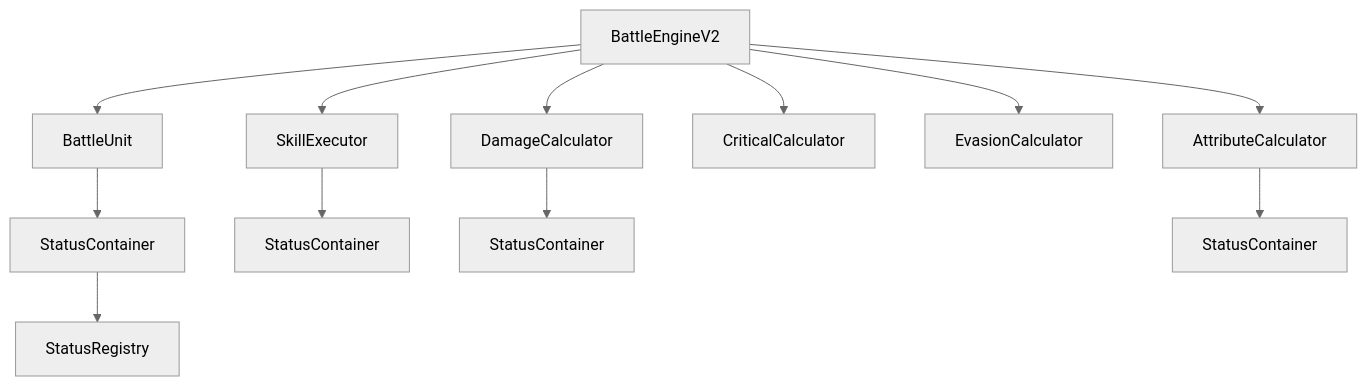
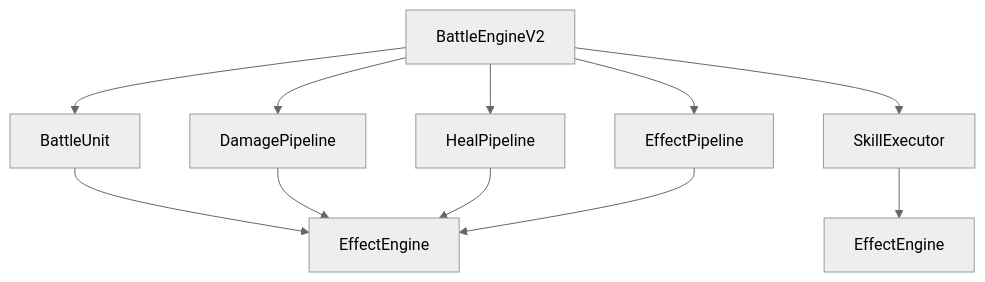
One commit to ChurchTao/Daoyou changed the first of 5 diagrams in .qoder/repowiki/zh/content/核心功能模块/战斗系统/战斗引擎V2.md. Above: the diagram before and after it, drawn with Mermaid (neutral theme). The commit also changed other lines of this file and 5 other files, not shown here.

````diff
--- a/.qoder/repowiki/zh/content/核心功能模块/战斗系统/战斗引擎V2.md
+++ b/.qoder/repowiki/zh/content/核心功能模块/战斗系统/战斗引擎V2.md
@@ -39,14 +44,13 @@
 ```mermaid
 graph TD
 A[BattleEngineV2] --> B[BattleUnit]
 A --> C[SkillExecutor]
-A --> D[DamageCalculator]
-A --> E[CriticalCalculator]
-A --> F[EvasionCalculator]
-A --> G[AttributeCalculator]
-B --> H[StatusContainer]
-H --> I[StatusRegistry]
-C --> J[StatusContainer]
-D --> K[StatusContainer]
-G --> L[StatusContainer]
+A --> D[DamagePipeline]
+A --> E[HealPipeline]
+A --> F[EffectPipeline]
+B --> G[EffectEngine]
+C --> H[EffectEngine]
+D --> G
+E --> G
+F --> G
 ```
````
